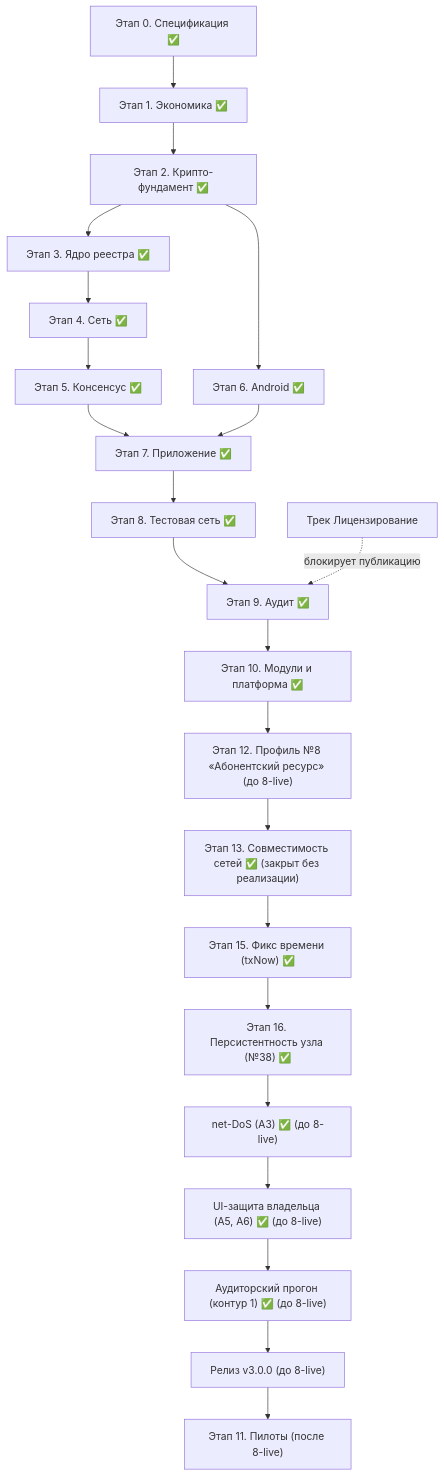
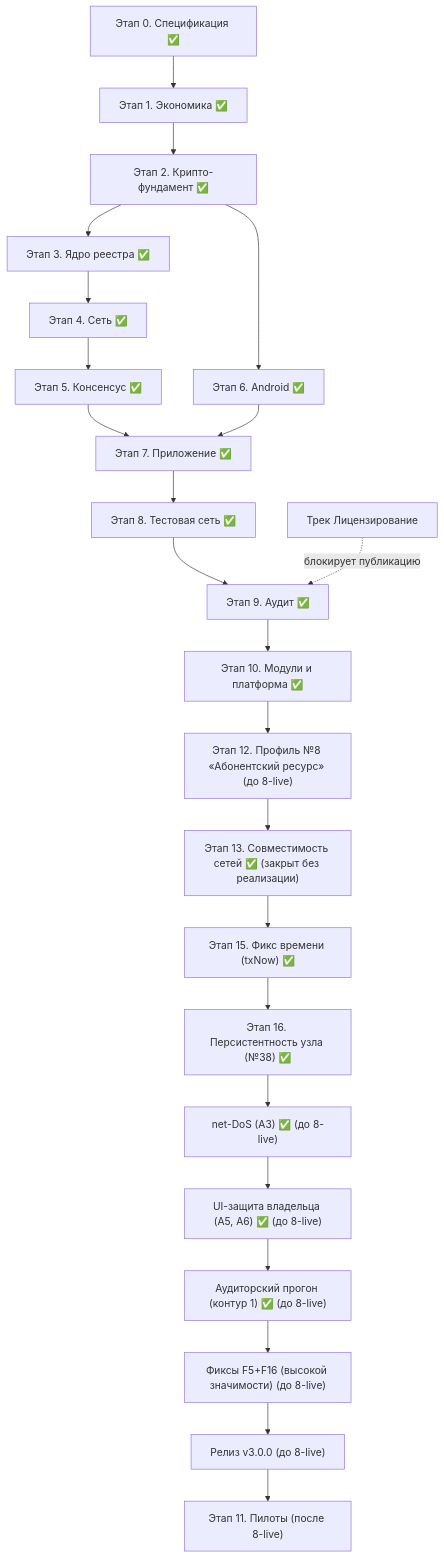
Before and after one commit to rumatakira74/equality-trust-networks: the diagram in docs/development-plan.md, drawn with Mermaid. The commit also changed other lines of this file and 1 other file, not shown here.

Commit message:
Тема фиксов F5+F16: промпт prompts/fix-f5-f16-prompt.md + секция плана + mermaid (обе находки высокой значимости аудита контура 1 одной темой, до fuzz; ветка fix-f5-f16)

````diff
--- a/docs/development-plan.md
+++ b/docs/development-plan.md
@@ -380,24 +393,25 @@
 ```mermaid
 flowchart TD
     S0["Этап 0. Спецификация ✅"] --> S1["Этап 1. Экономика ✅"]
     S1 --> S2["Этап 2. Крипто-фундамент ✅"]
     S2 --> S3["Этап 3. Ядро реестра ✅"]
     S3 --> S4["Этап 4. Сеть ✅"]
     S4 --> S5["Этап 5. Консенсус ✅"]
     S2 --> S6["Этап 6. Android ✅"]
     S5 --> S7["Этап 7. Приложение ✅"]
     S6 --> S7
     S7 --> S8["Этап 8. Тестовая сеть ✅"]
     S8 --> S9["Этап 9. Аудит ✅"]
     S9 --> S10["Этап 10. Модули и платформа ✅"]
     S10 --> S12["Этап 12. Профиль №8 «Абонентский ресурс» (до 8-live)"]
     S12 --> S13["Этап 13. Совместимость сетей ✅ (закрыт без реализации)"]
     S13 --> S15["Этап 15. Фикс времени (txNow) ✅"]
     S15 --> S16["Этап 16. Персистентность узла (№38) ✅"]
     S16 --> SND["net-DoS (A3) ✅ (до 8-live)"]
     SND --> SUI["UI-защита владельца (A5, A6) ✅ (до 8-live)"]
     SUI --> AUD["Аудиторский прогон (контур 1) ✅ (до 8-live)"]
-    AUD --> S17["Релиз v3.0.0 (до 8-live)"]
+    AUD --> FIX["Фиксы F5+F16 (высокой значимости) (до 8-live)"]
+    FIX --> S17["Релиз v3.0.0 (до 8-live)"]
     S17 --> S11["Этап 11. Пилоты (после 8-live)"]
     L["Трек Лицензирование"] -. "блокирует публикацию" .-> S9
 ```
````
